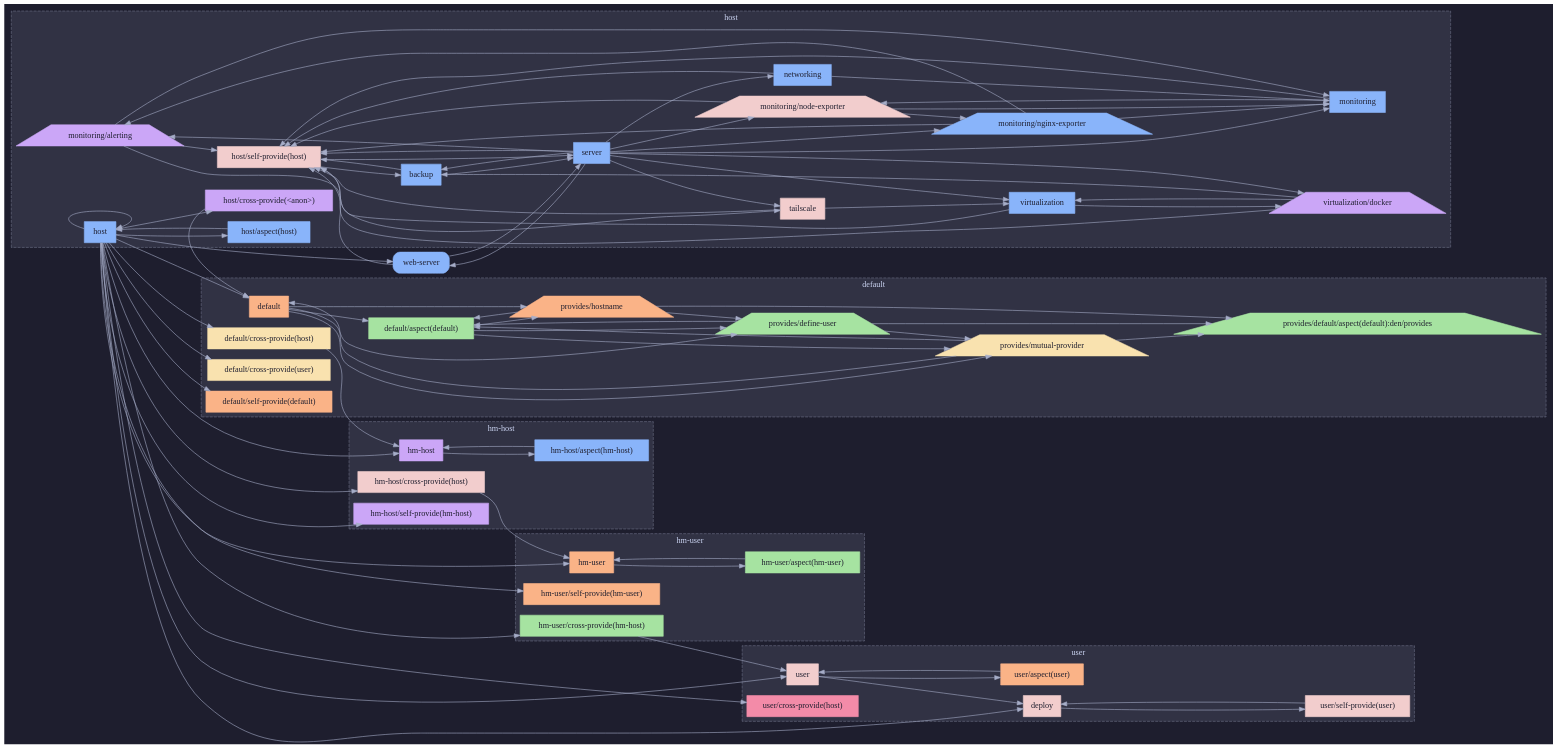
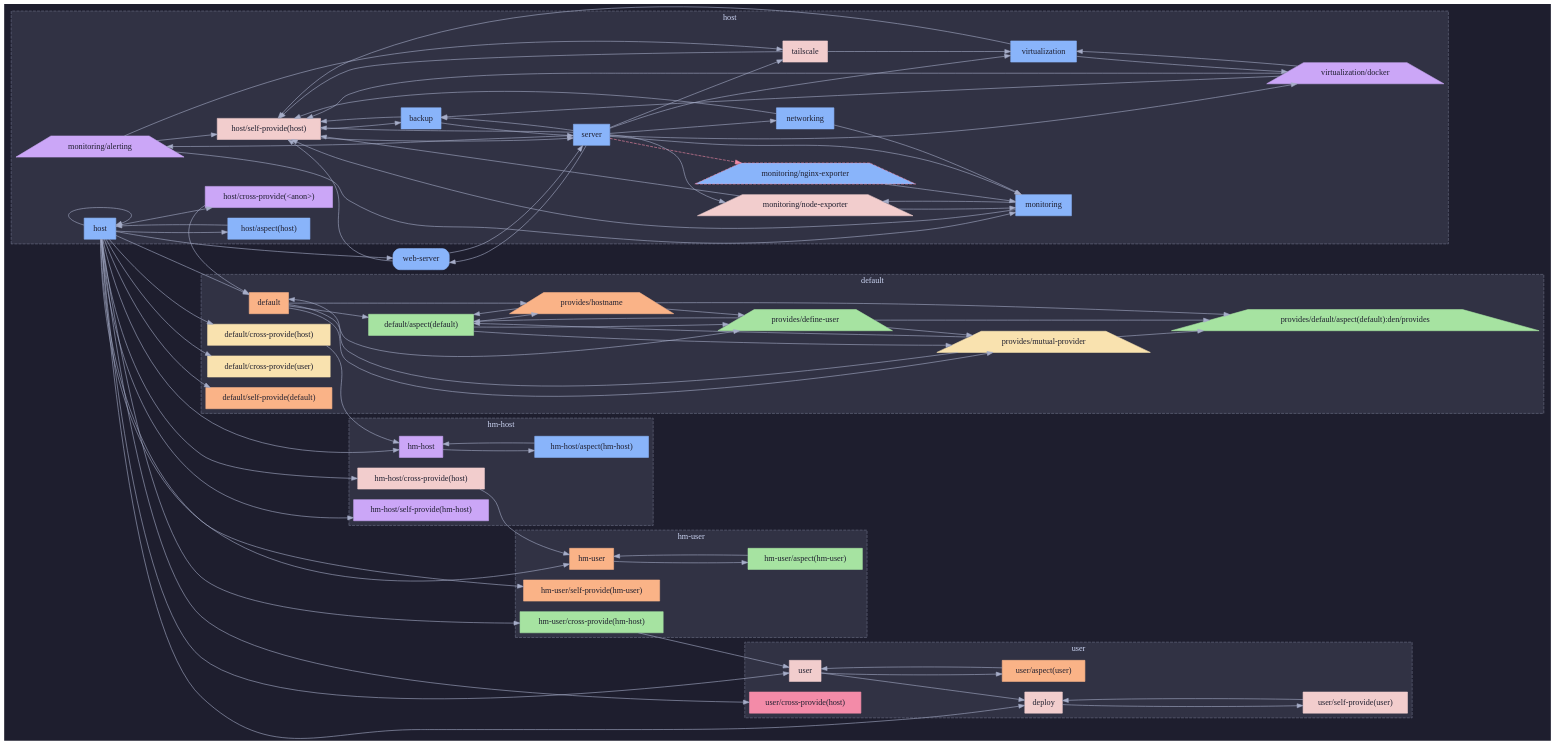
The second of 3 diagrams in templates/diag-fx-demo/diagrams/web-server-dag.md (sini/den), drawn with Graphviz before and after one commit. The commit also changed other lines of this file and 526 other files, not shown here.

Commit message:
chore: update fx diagrams

```diff
--- a/templates/diag-fx-demo/diagrams/web-server-dag.md
+++ b/templates/diag-fx-demo/diagrams/web-server-dag.md
@@ -214,7 +211,7 @@
   host__self_provide_host_ [label="host/self-provide(host)",shape=box,style=filled,fillcolor="#f2cdcd",color="#f2cdcd",fontcolor="#1e1e2e"];
   monitoring [label="monitoring",shape=box,style=filled,fillcolor="#89b4fa",color="#89b4fa",fontcolor="#1e1e2e"];
   networking [label="networking",shape=box,style=filled,fillcolor="#89b4fa",color="#89b4fa",fontcolor="#1e1e2e"];
-  monitoring__nginx_exporter [label="monitoring/nginx-exporter",shape=trapezium,style=filled,fillcolor="#89b4fa",color="#89b4fa",fontcolor="#1e1e2e"];
+  monitoring__nginx_exporter [label="monitoring/nginx-exporter",shape=trapezium,style="filled,dashed",fillcolor="#89b4fa",color="#f38ba8",fontcolor="#1e1e2e"];
   monitoring__node_exporter [label="monitoring/node-exporter",shape=trapezium,style=filled,fillcolor="#f2cdcd",color="#f2cdcd",fontcolor="#1e1e2e"];
   server [label="server",shape=box,style=filled,fillcolor="#89b4fa",color="#89b4fa",fontcolor="#1e1e2e"];
   tailscale [label="tailscale",shape=box,style=filled,fillcolor="#f2cdcd",color="#f2cdcd",fontcolor="#1e1e2e"];
@@ -322,10 +319,7 @@
   monitoring -> monitoring__node_exporter;
   monitoring__alerting -> host__self_provide_host_;
   monitoring__alerting -> tailscale;
-  monitoring__nginx_exporter -> monitoring__alerting;
-  monitoring__nginx_exporter -> host__self_provide_host_;
   monitoring__node_exporter -> host__self_provide_host_;
-  monitoring__node_exporter -> monitoring__nginx_exporter;
   networking -> host__self_provide_host_;
   networking -> monitoring;
   server -> monitoring__alerting;
@@ -334,7 +328,7 @@
   server -> host__self_provide_host_;
   server -> monitoring;
   server -> networking;
-  server -> monitoring__nginx_exporter;
+  server -> monitoring__nginx_exporter [style=dashed,color="#f38ba8"];
   server -> monitoring__node_exporter;
   server -> tailscale;
   server -> virtualization;
```
